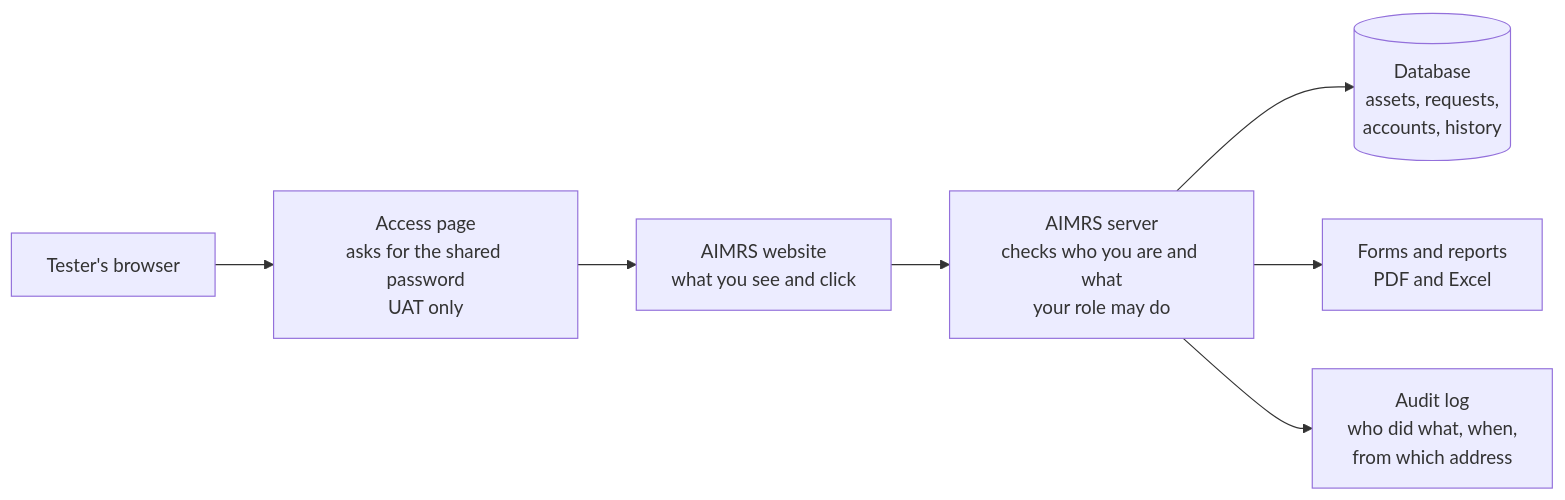
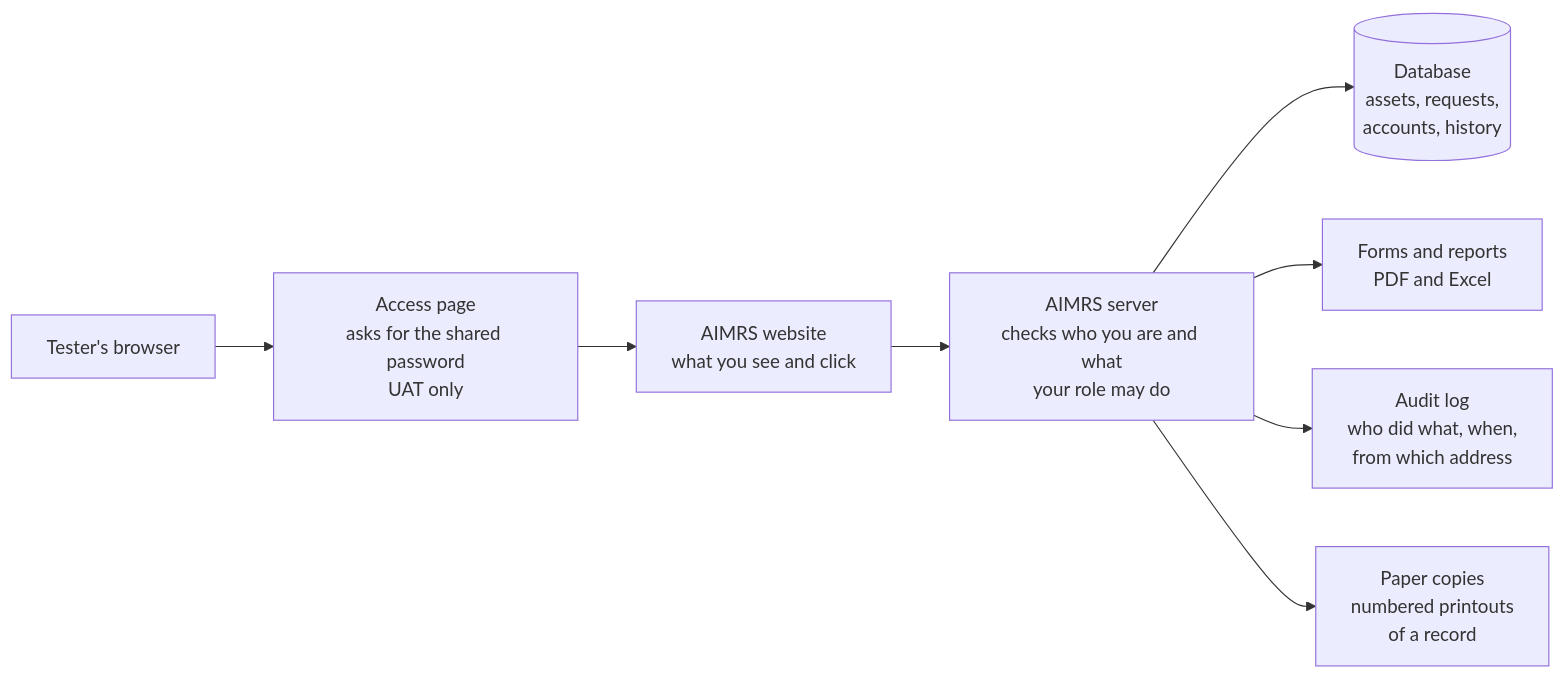
Before and after one commit to jherome29/ITAM-System: the sixth of 8 diagrams in docs/guides/SYSTEM-FLOW.md, drawn with Mermaid. The commit also changed other lines of this file and 13 other files, not shown here.

Commit message:
docs(print): record printouts in CLAUDE.md (Module 8), roles, security, status, tester guide and flow diagrams; smoke checks for paper copies

````diff
--- a/docs/guides/SYSTEM-FLOW.md
+++ b/docs/guides/SYSTEM-FLOW.md
@@ -118,9 +118,10 @@
 ```mermaid
 flowchart LR
   U["Tester's browser"] --> G["Access page<br/>asks for the shared password<br/>UAT only"]
   G --> F["AIMRS website<br/>what you see and click"]
   F --> B["AIMRS server<br/>checks who you are and what<br/>your role may do"]
   B --> D[("Database<br/>assets, requests,<br/>accounts, history")]
   B --> P["Forms and reports<br/>PDF and Excel"]
   B --> L["Audit log<br/>who did what, when,<br/>from which address"]
+  B --> R["Paper copies<br/>numbered printouts<br/>of a record"]
 ```
````
